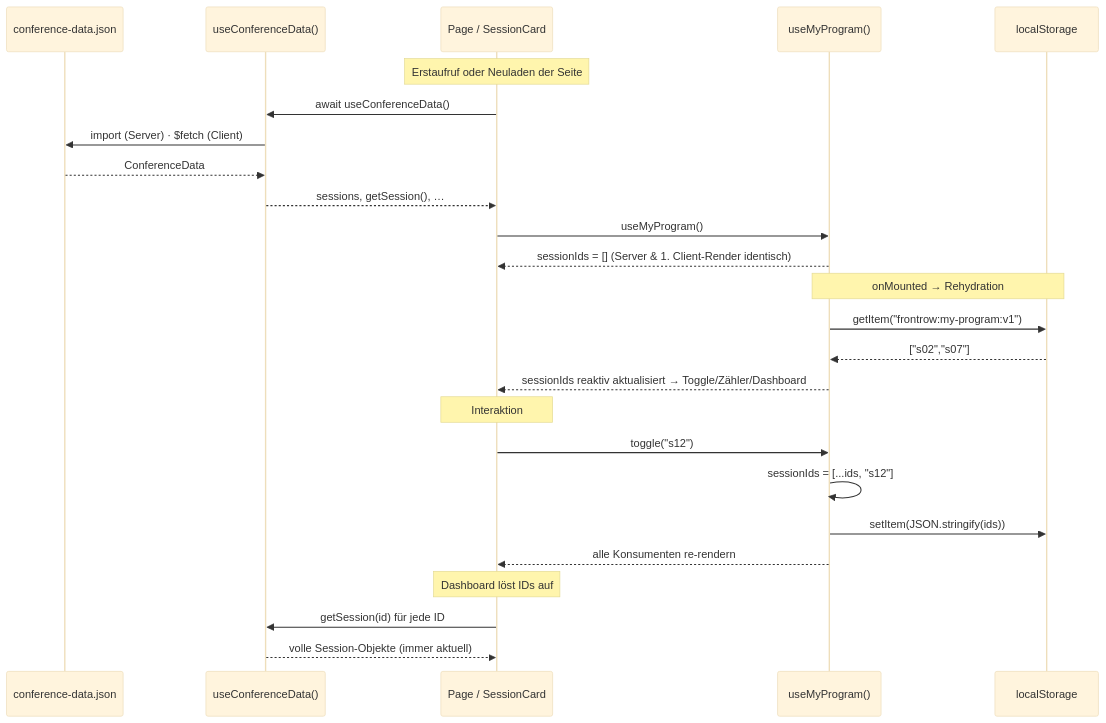
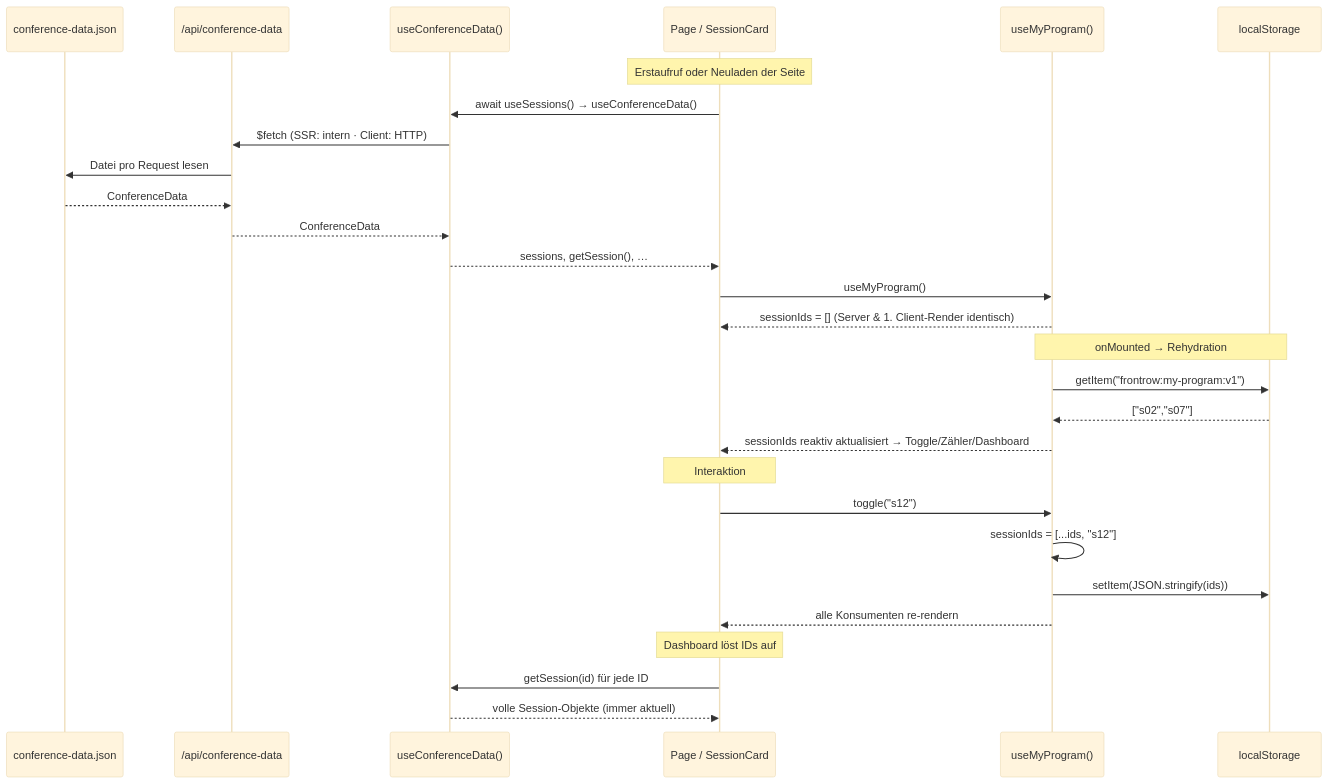
Before and after one commit to iamfynz/nextgenwebfe-frontrow: the diagram in docs/schritt1/03-state-management-konzept.md, drawn with Mermaid (base theme). The commit also changed other lines of this file and 4 other files, not shown here.

````diff
--- a/docs/schritt1/03-state-management-konzept.md
+++ b/docs/schritt1/03-state-management-konzept.md
@@ -38,31 +37,34 @@
 ```mermaid
 sequenceDiagram
   participant JSON as conference-data.json
+  participant API as /api/conference-data
   participant CD as useConferenceData()
   participant Page as Page / SessionCard
   participant MP as useMyProgram()
   participant LS as localStorage
 
   Note over Page: Erstaufruf oder Neuladen der Seite
-  Page->>CD: await useConferenceData()
-  CD->>JSON: import (Server) · $fetch (Client)
-  JSON-->>CD: ConferenceData
+  Page->>CD: await useSessions() → useConferenceData()
+  CD->>API: $fetch (SSR: intern · Client: HTTP)
+  API->>JSON: Datei pro Request lesen
+  JSON-->>API: ConferenceData
+  API-->>CD: ConferenceData
   CD-->>Page: sessions, getSession(), …
   Page->>MP: useMyProgram()
   MP-->>Page: sessionIds = [] (Server & 1. Client-Render identisch)
 
   Note over MP,LS: onMounted → Rehydration
   MP->>LS: getItem("frontrow:my-program:v1")
   LS-->>MP: ["s02","s07"]
   MP-->>Page: sessionIds reaktiv aktualisiert → Toggle/Zähler/Dashboard
 
   Note over Page: Interaktion
   Page->>MP: toggle("s12")
   MP->>MP: sessionIds = [...ids, "s12"]
   MP->>LS: setItem(JSON.stringify(ids))
   MP-->>Page: alle Konsumenten re-rendern
 
   Note over Page: Dashboard löst IDs auf
   Page->>CD: getSession(id) für jede ID
   CD-->>Page: volle Session-Objekte (immer aktuell)
 ```
````
